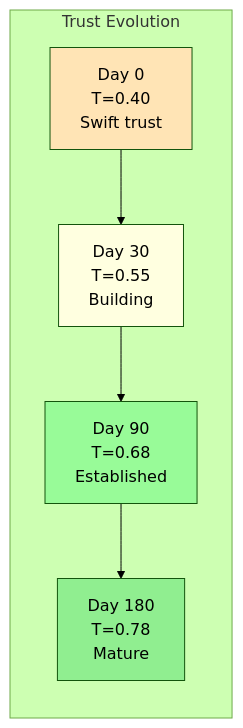
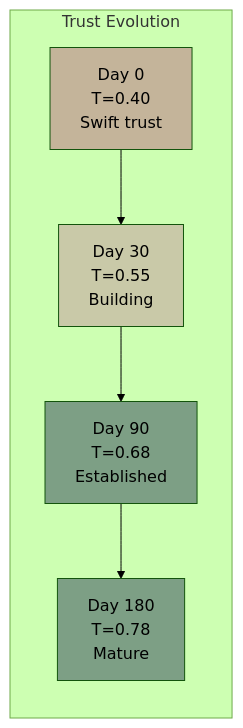
The third of 5 diagrams in docs/tutorials/understanding-trust.md (ScopeCreep-zip/Symbiont), drawn with Mermaid (forest theme) before and after one commit. The commit also changed other lines of this file and 17 other files, not shown here.

Commit message:
update to diagram colors

````diff
--- a/docs/tutorials/understanding-trust.md
+++ b/docs/tutorials/understanding-trust.md
@@ -246,16 +246,16 @@
 ```mermaid
 graph LR
     subgraph "Trust Evolution"
         T0["Day 0<br/>T=0.40<br/>Swift trust"]
         T1["Day 30<br/>T=0.55<br/>Building"]
         T2["Day 90<br/>T=0.68<br/>Established"]
         T3["Day 180<br/>T=0.78<br/>Mature"]
     end
 
     T0 --> T1 --> T2 --> T3
 
-    style T0 fill:#FFE4B5
-    style T1 fill:#FFFFE0
-    style T2 fill:#98FB98
-    style T3 fill:#90EE90
+    style T0 fill:#c4b49a
+    style T1 fill:#c9c9a8
+    style T2 fill:#7d9f85
+    style T3 fill:#7d9f85
 ```
````
